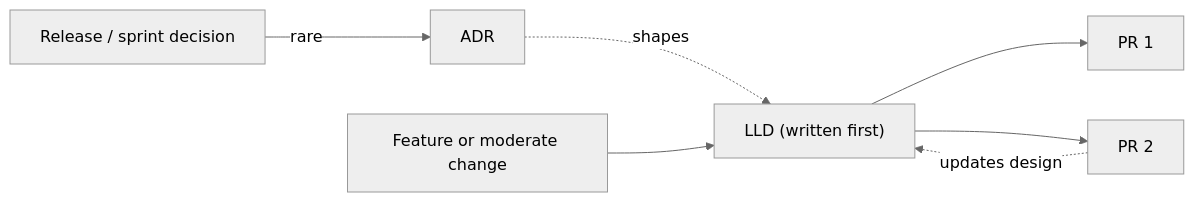
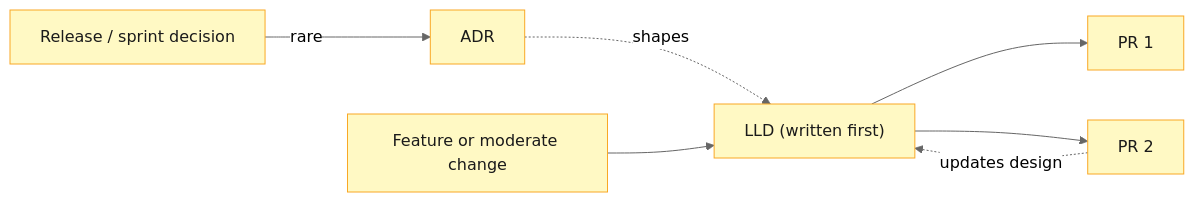
One commit to varunpathania86/nigu-lite changed the diagram in docs/README.md. Above: the diagram before and after it, drawn with Mermaid (neutral theme). The commit also changed other lines of this file and 38 other files, not shown here.

````diff
--- a/docs/README.md
+++ b/docs/README.md
@@ -13,8 +14,10 @@
 ```mermaid
 flowchart LR
   REL["Release / sprint decision"] -->|rare| ADR[ADR]
   ADR -.->|shapes| LLD
   FEAT["Feature or moderate change"] --> LLD["LLD (written first)"]
   LLD --> PR1[PR 1] & PR2[PR 2]
   PR2 -.->|updates design| LLD
+  class REL,ADR,FEAT,LLD,PR1,PR2 tool
+  classDef tool fill:#fff9c4,stroke:#f9a825,color:#1a1a1a
 ```
````
